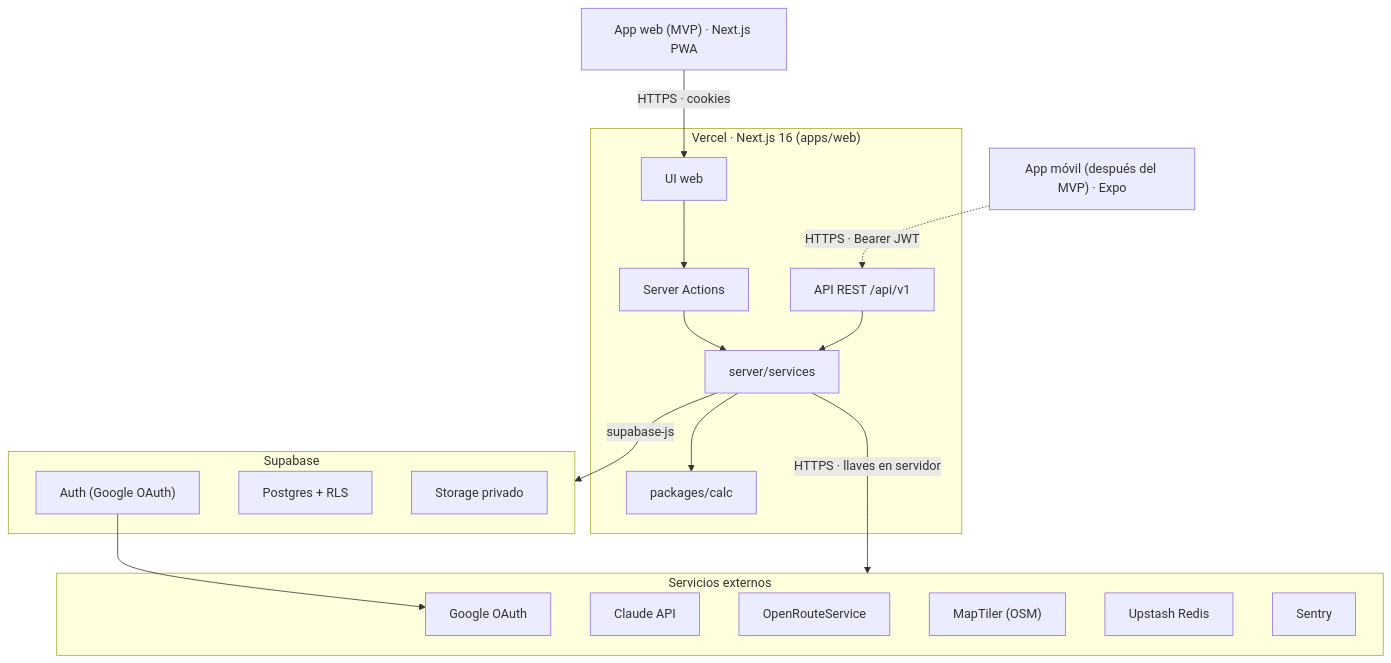
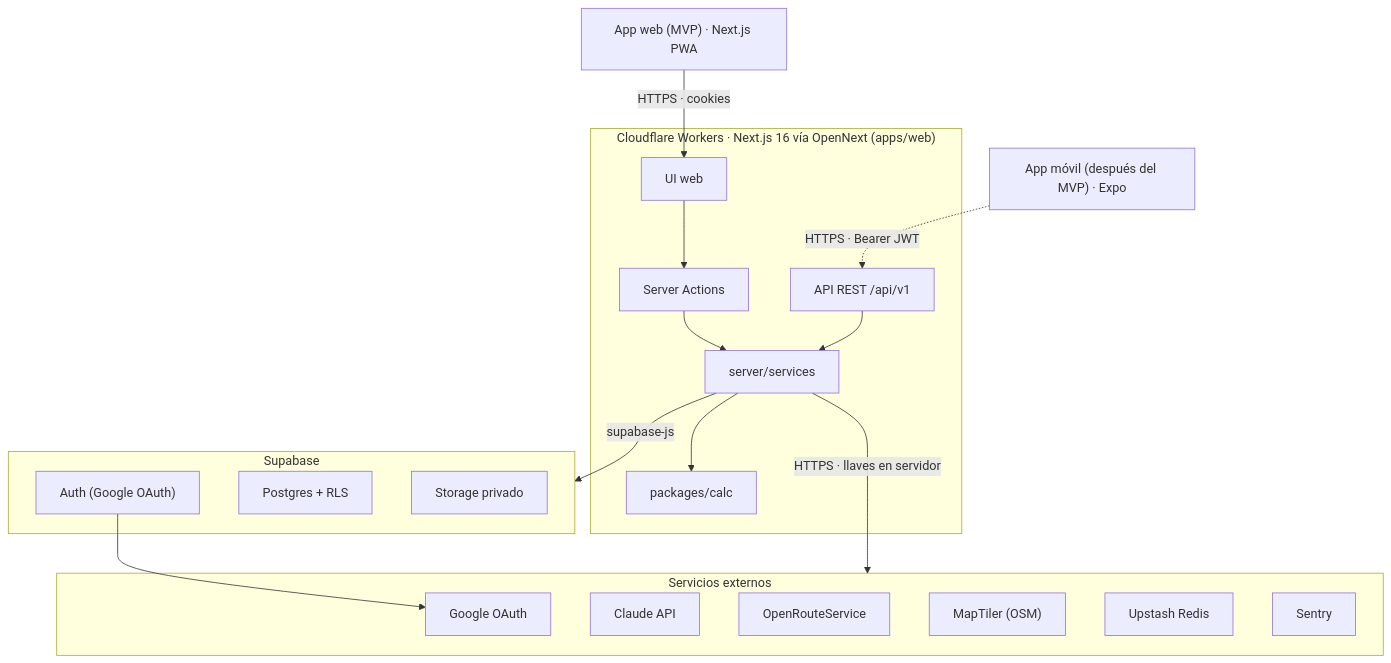
One commit to garaje88/redde-elarecharger changed the first of 2 diagrams in docs/PLAN.md. Above: the diagram before and after it, drawn with Mermaid. The commit also changed other lines of this file and 103 other files, not shown here.

````diff
--- a/docs/PLAN.md
+++ b/docs/PLAN.md
@@ -54,24 +55,24 @@
 ```mermaid
 flowchart TB
   web["App web (MVP) · Next.js PWA"] -->|HTTPS · cookies| ui
   mob["App móvil (después del MVP) · Expo"] -.->|HTTPS · Bearer JWT| api
-  subgraph vercel["Vercel · Next.js 16 (apps/web)"]
+  subgraph cf["Cloudflare Workers · Next.js 16 vía OpenNext (apps/web)"]
     ui["UI web"] --> sa["Server Actions"]
     api["API REST /api/v1"]
     sa --> svc["server/services"]
     api --> svc
     svc --> calc["packages/calc"]
   end
   svc -->|supabase-js| supa
   svc -->|HTTPS · llaves en servidor| ext
   subgraph supa["Supabase"]
     auth["Auth (Google OAuth)"]
     pg["Postgres + RLS"]
     st["Storage privado"]
   end
   subgraph ext["Servicios externos"]
     g["Google OAuth"]; c["Claude API"]; ors["OpenRouteService"]
     tiles["MapTiler (OSM)"]; up["Upstash Redis"]; se["Sentry"]
   end
   auth --> g
 ```
````
